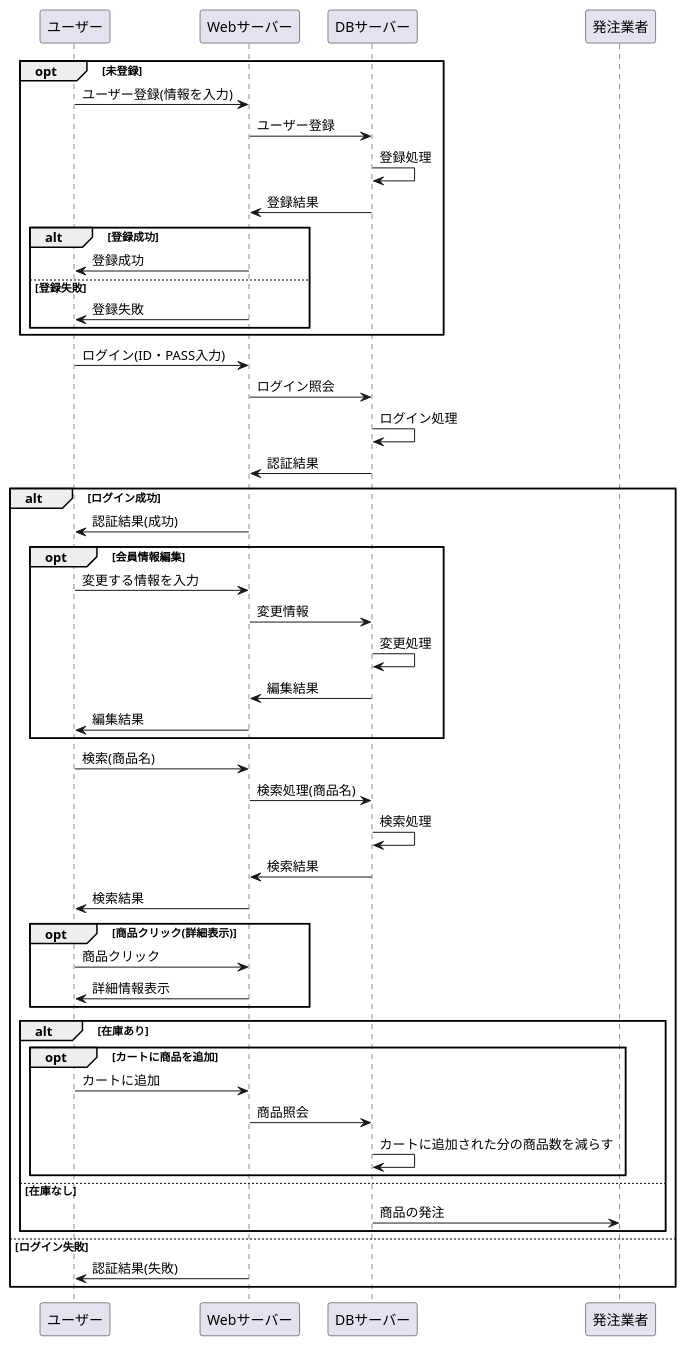
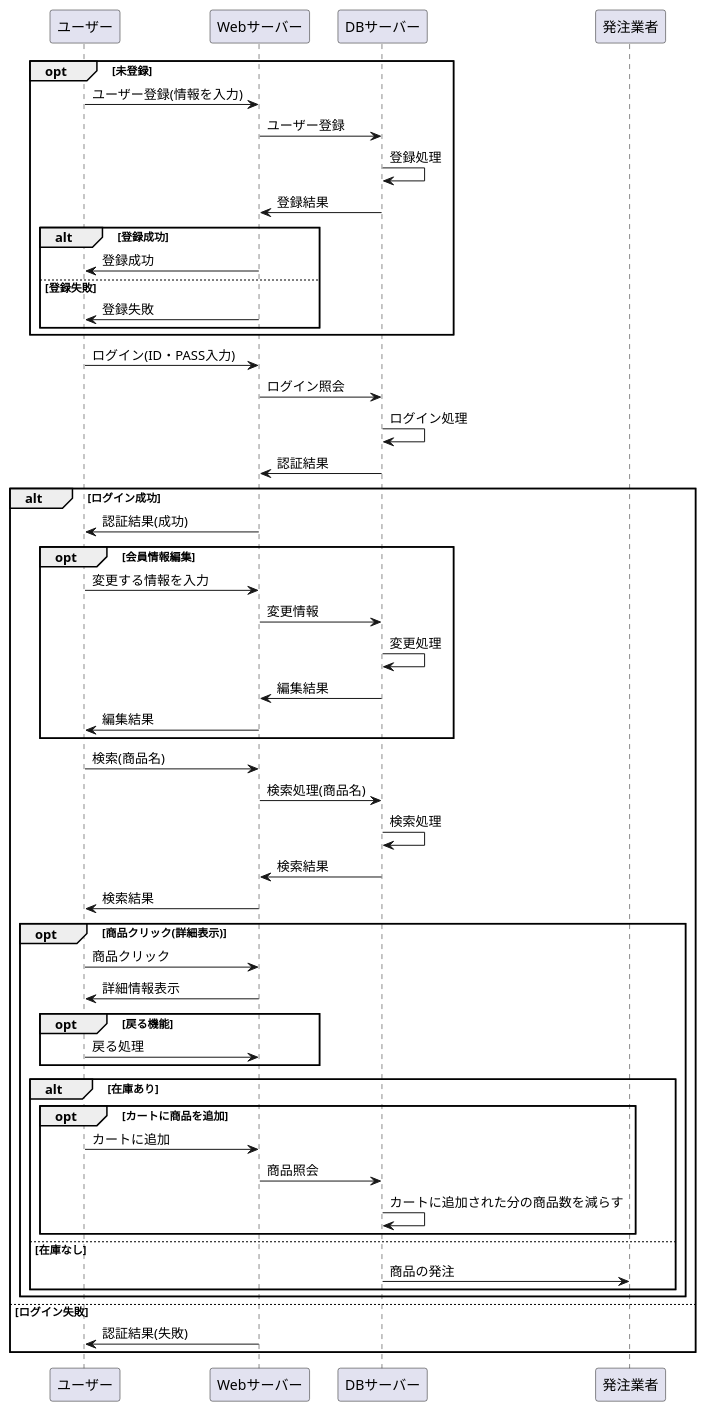
One commit to Aso2001154/2021sys-design changed the diagram in sample.md. Above: the diagram before and after it, drawn with PlantUML.

````diff
--- a/sample.md
+++ b/sample.md
@@ -1,56 +1,58 @@
 ```uml
 @startuml
 opt 未登録
 ユーザー -> Webサーバー : ユーザー登録(情報を入力)
 Webサーバー -> DBサーバー : ユーザー登録
 DBサーバー -> DBサーバー : 登録処理
 DBサーバー -> Webサーバー : 登録結果
 
 alt 登録成功
 Webサーバー -> ユーザー : 登録成功
 else 登録失敗
 Webサーバー -> ユーザー : 登録失敗
 end
 end
 
 ユーザー -> Webサーバー : ログイン(ID・PASS入力)
 Webサーバー -> DBサーバー : ログイン照会
 DBサーバー -> DBサーバー : ログイン処理
 DBサーバー -> Webサーバー : 認証結果
 
 alt ログイン成功
 Webサーバー -> ユーザー : 認証結果(成功)
 
 opt 会員情報編集
 ユーザー -> Webサーバー : 変更する情報を入力
 Webサーバー -> DBサーバー :変更情報
 DBサーバー -> DBサーバー : 変更処理
 DBサーバー -> Webサーバー : 編集結果
 Webサーバー -> ユーザー : 編集結果
 end
 
 ユーザー -> Webサーバー : 検索(商品名)
 Webサーバー -> DBサーバー : 検索処理(商品名)
 DBサーバー -> DBサーバー : 検索処理
 DBサーバー -> Webサーバー : 検索結果
 Webサーバー -> ユーザー : 検索結果
 
 opt 商品クリック(詳細表示)
 ユーザー -> Webサーバー : 商品クリック
 Webサーバー -> ユーザー : 詳細情報表示
+opt 戻る機能
+ユーザー -> Webサーバー : 戻る処理
 end
-
 alt 在庫あり
 opt カートに商品を追加
 ユーザー -> Webサーバー : カートに追加
 Webサーバー -> DBサーバー : 商品照会
 DBサーバー -> DBサーバー : カートに追加された分の商品数を減らす
 end
 else 在庫なし
 DBサーバー -> 発注業者 : 商品の発注
 end
+end
 else ログイン失敗
 Webサーバー -> ユーザー : 認証結果(失敗)
 end
 @enduml
 ```
````
